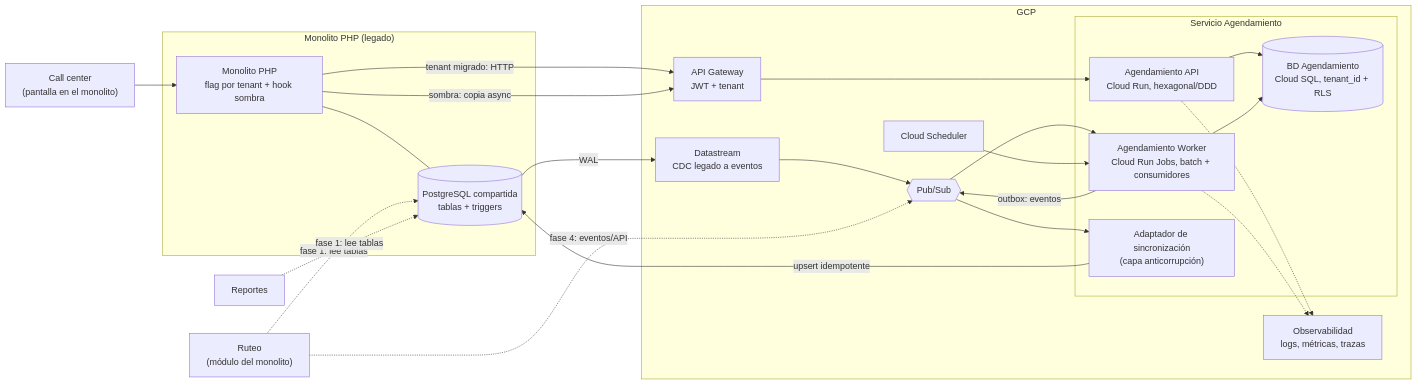
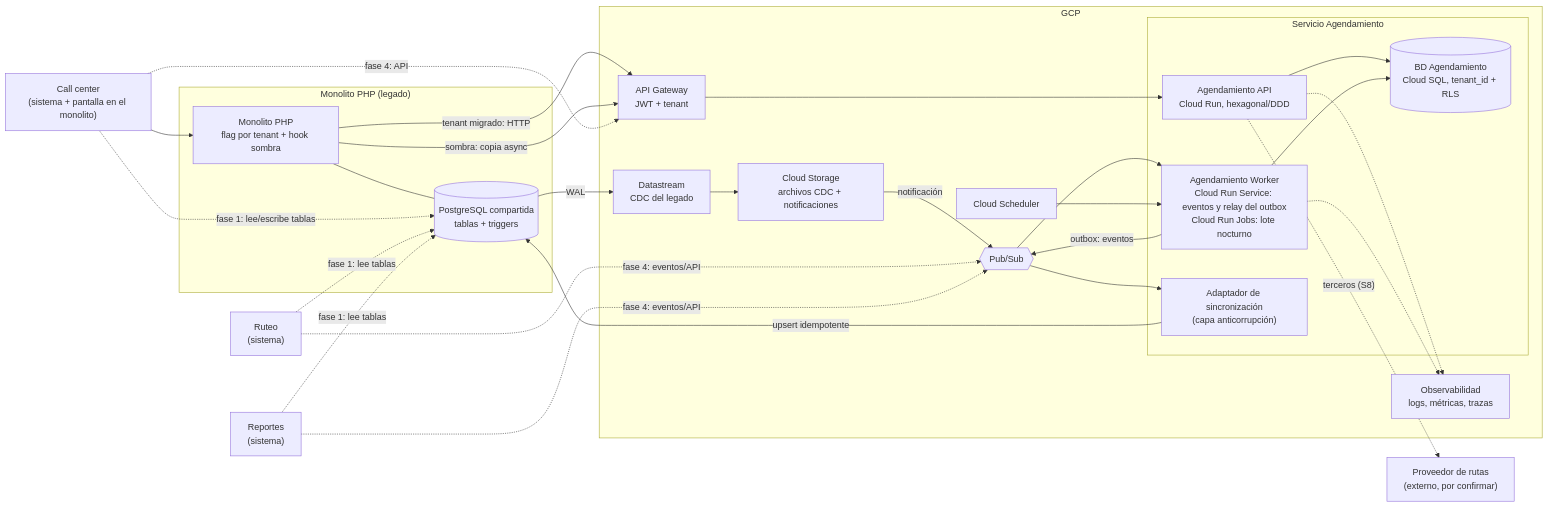
Before and after one commit to andresfmaldonado/prueba-tecnica-lider-tecnico: the diagram in parte-a-diseno/Parte-A-Diseno-Migracion-Agendamiento.md, drawn with Mermaid. The commit also changed other lines of this file and 3 other files, not shown here.

````diff
--- a/parte-a-diseno/Parte-A-Diseno-Migracion-Agendamiento.md
+++ b/parte-a-diseno/Parte-A-Diseno-Migracion-Agendamiento.md
@@ -22,41 +23,47 @@
 ```mermaid
 flowchart LR
-  CC["Call center<br/>(pantalla en el monolito)"]
-  RU["Ruteo<br/>(módulo del monolito)"]
-  RE["Reportes"]
+  CC["Call center<br/>(sistema + pantalla en el monolito)"]
+  RU["Ruteo<br/>(sistema)"]
+  RE["Reportes<br/>(sistema)"]
+  PRV["Proveedor de rutas<br/>(externo, por confirmar)"]
 
   subgraph GCP["GCP"]
     GW["API Gateway<br/>JWT + tenant"]
     subgraph SVC["Servicio Agendamiento"]
       API["Agendamiento API<br/>Cloud Run, hexagonal/DDD"]
-      WK["Agendamiento Worker<br/>Cloud Run Jobs, batch + consumidores"]
+      WK["Agendamiento Worker<br/>Cloud Run Service: eventos y relay del outbox<br/>Cloud Run Jobs: lote nocturno"]
       DB[("BD Agendamiento<br/>Cloud SQL, tenant_id + RLS")]
       SYNC["Adaptador de sincronización<br/>(capa anticorrupción)"]
     end
     BUS{{"Pub/Sub"}}
-    CDC["Datastream<br/>CDC legado a eventos"]
+    CDC["Datastream<br/>CDC del legado"]
+    GCSB["Cloud Storage<br/>archivos CDC + notificaciones"]
     SCH["Cloud Scheduler"]
     OBS["Observabilidad<br/>logs, métricas, trazas"]
   end
 
   subgraph LEG["Monolito PHP (legado)"]
     MON["Monolito PHP<br/>flag por tenant + hook sombra"]
     LDB[("PostgreSQL compartida<br/>tablas + triggers")]
   end
 
   CC --> MON
   MON -- "tenant migrado: HTTP" --> GW --> API
   MON -- "sombra: copia async" --> GW
   MON --- LDB
-  LDB -- "WAL" --> CDC --> BUS --> WK
+  LDB -- "WAL" --> CDC --> GCSB -- "notificación" --> BUS --> WK
   SCH --> WK
   API --> DB
   WK --> DB
   WK -- "outbox: eventos" --> BUS
   BUS --> SYNC -- "upsert idempotente" --> LDB
+  CC -. "fase 1: lee/escribe tablas" .-> LDB
   RU -. "fase 1: lee tablas" .-> LDB
   RE -. "fase 1: lee tablas" .-> LDB
+  CC -. "fase 4: API" .-> GW
   RU -. "fase 4: eventos/API" .-> BUS
+  RE -. "fase 4: eventos/API" .-> BUS
+  API -. "terceros (S8)" .-> PRV
   API -.-> OBS
   WK -.-> OBS
 ```
````
